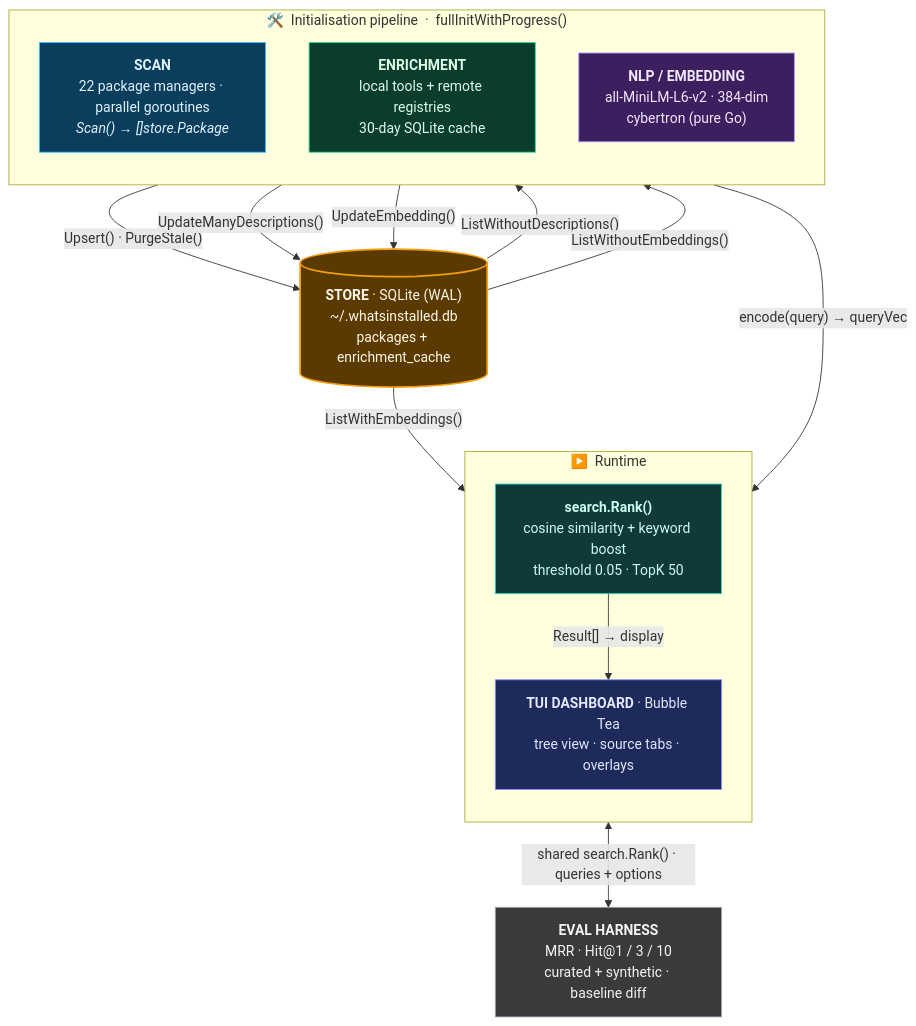
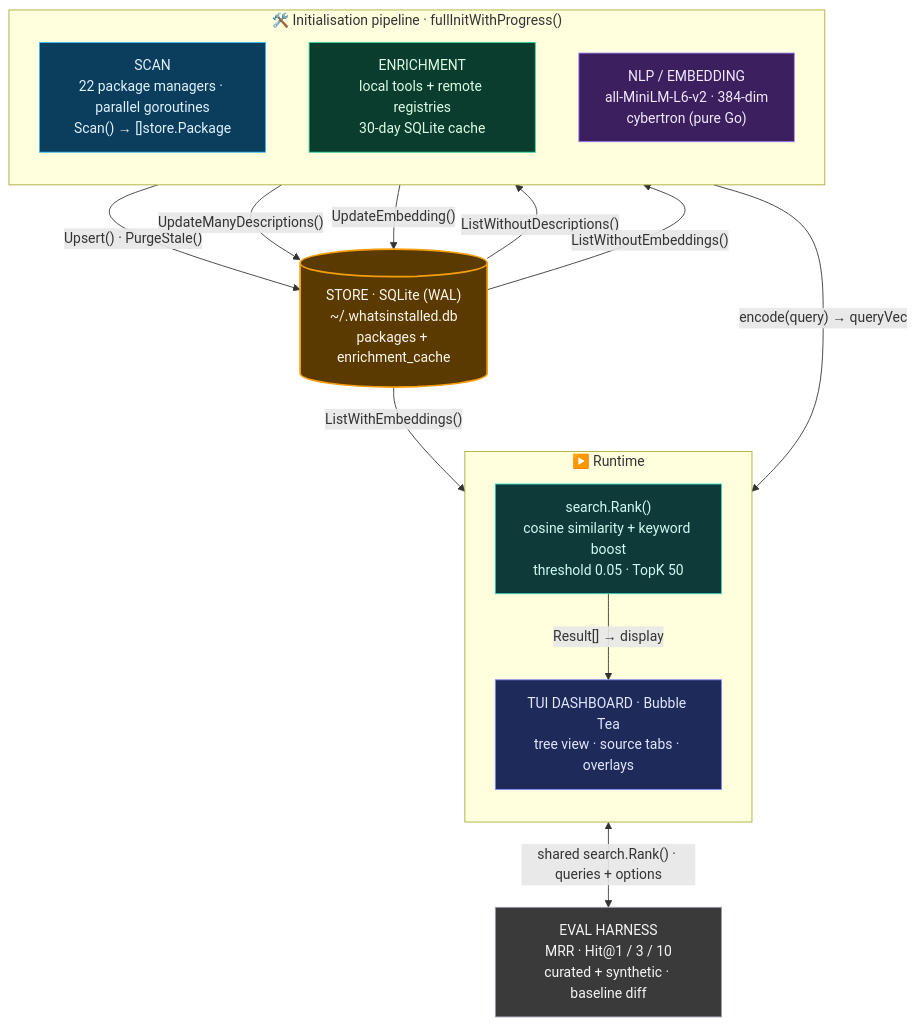
The first of 2 diagrams in ARCHITECTURE.md (DVacirca/whatsinstalled), drawn with Mermaid before and after one commit.

Commit message:
make architecture mermaid labels plain text for portable rendering
Some Mermaid renderers (e.g. the VSCode bierner.markdown-mermaid
extension) do not decode HTML entities such as &nbsp; in labels and fail
to parse the diagram. Drop the entities from the subgraph titles and the
decorative <b>/<i> tags from node labels, keeping only <br/> line breaks.
Both diagrams re-validated with mermaid-cli.

````diff
--- a/ARCHITECTURE.md
+++ b/ARCHITECTURE.md
@@ -19,46 +19,46 @@
 ```mermaid
 flowchart TD
-    subgraph init["🛠️ &nbsp;Initialisation pipeline &nbsp;·&nbsp; fullInitWithProgress()"]
+    subgraph init["🛠️ Initialisation pipeline · fullInitWithProgress()"]
         direction TB
-        SCAN["<b>SCAN</b><br/>22 package managers · parallel goroutines<br/><i>Scan() → []store.Package</i>"]
-        ENRICH["<b>ENRICHMENT</b><br/>local tools + remote registries<br/>30-day SQLite cache"]
-        EMBED["<b>NLP / EMBEDDING</b><br/>all-MiniLM-L6-v2 · 384-dim<br/>cybertron (pure Go)"]
+        SCAN["SCAN<br/>22 package managers · parallel goroutines<br/>Scan() → []store.Package"]
+        ENRICH["ENRICHMENT<br/>local tools + remote registries<br/>30-day SQLite cache"]
+        EMBED["NLP / EMBEDDING<br/>all-MiniLM-L6-v2 · 384-dim<br/>cybertron (pure Go)"]
     end
 
-    STORE[("<b>STORE</b> · SQLite (WAL)<br/>~/.whatsinstalled.db<br/>packages + enrichment_cache")]
+    STORE[("STORE · SQLite (WAL)<br/>~/.whatsinstalled.db<br/>packages + enrichment_cache")]
 
-    subgraph runtime["▶️ &nbsp;Runtime"]
+    subgraph runtime["▶️ Runtime"]
         direction TB
-        SEARCH["<b>search.Rank()</b><br/>cosine similarity + keyword boost<br/>threshold 0.05 · TopK 50"]
-        TUI["<b>TUI DASHBOARD</b> · Bubble Tea<br/>tree view · source tabs · overlays"]
+        SEARCH["search.Rank()<br/>cosine similarity + keyword boost<br/>threshold 0.05 · TopK 50"]
+        TUI["TUI DASHBOARD · Bubble Tea<br/>tree view · source tabs · overlays"]
     end
 
-    EVAL["<b>EVAL HARNESS</b><br/>MRR · Hit@1 / 3 / 10<br/>curated + synthetic · baseline diff"]
+    EVAL["EVAL HARNESS<br/>MRR · Hit@1 / 3 / 10<br/>curated + synthetic · baseline diff"]
 
     SCAN   -->|"Upsert() · PurgeStale()"| STORE
     STORE  -->|"ListWithoutDescriptions()"| ENRICH
     ENRICH -->|"UpdateManyDescriptions()"| STORE
     STORE  -->|"ListWithoutEmbeddings()"| EMBED
     EMBED  -->|"UpdateEmbedding()"| STORE
 
     STORE  -->|"ListWithEmbeddings()"| SEARCH
     EMBED  -->|"encode(query) → queryVec"| SEARCH
     SEARCH -->|"Result[] → display"| TUI
     SEARCH <-->|"shared search.Rank() · queries + options"| EVAL
 
     classDef scan   fill:#0b3d5c,stroke:#38bdf8,color:#e0f2fe,stroke-width:1px
     classDef store  fill:#5b3a00,stroke:#f59e0b,color:#fff7ed,stroke-width:2px
     classDef enrich fill:#0b3d2e,stroke:#34d399,color:#dcfce7,stroke-width:1px
     classDef embed  fill:#3b1f5e,stroke:#a78bfa,color:#f3e8ff,stroke-width:1px
     classDef search fill:#0e3a3a,stroke:#2dd4bf,color:#ccfbf1,stroke-width:1px
     classDef tui    fill:#1e2a5a,stroke:#818cf8,color:#e0e7ff,stroke-width:1px
     classDef eval   fill:#3a3a3a,stroke:#9ca3af,color:#f3f4f6,stroke-width:1px
 
     class SCAN scan
     class STORE store
     class ENRICH enrich
     class EMBED embed
     class SEARCH search
     class TUI tui
     class EVAL eval
 ```
````
